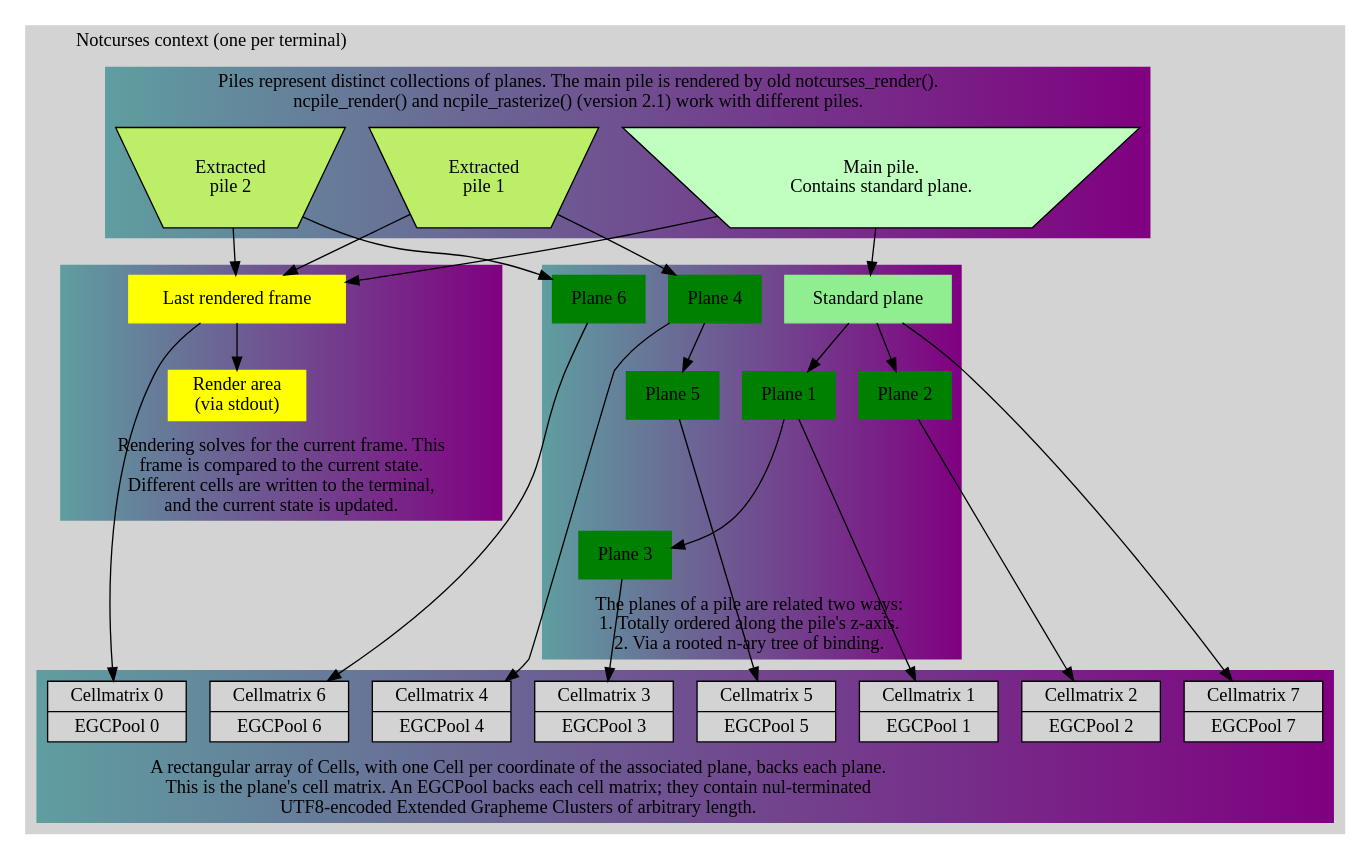
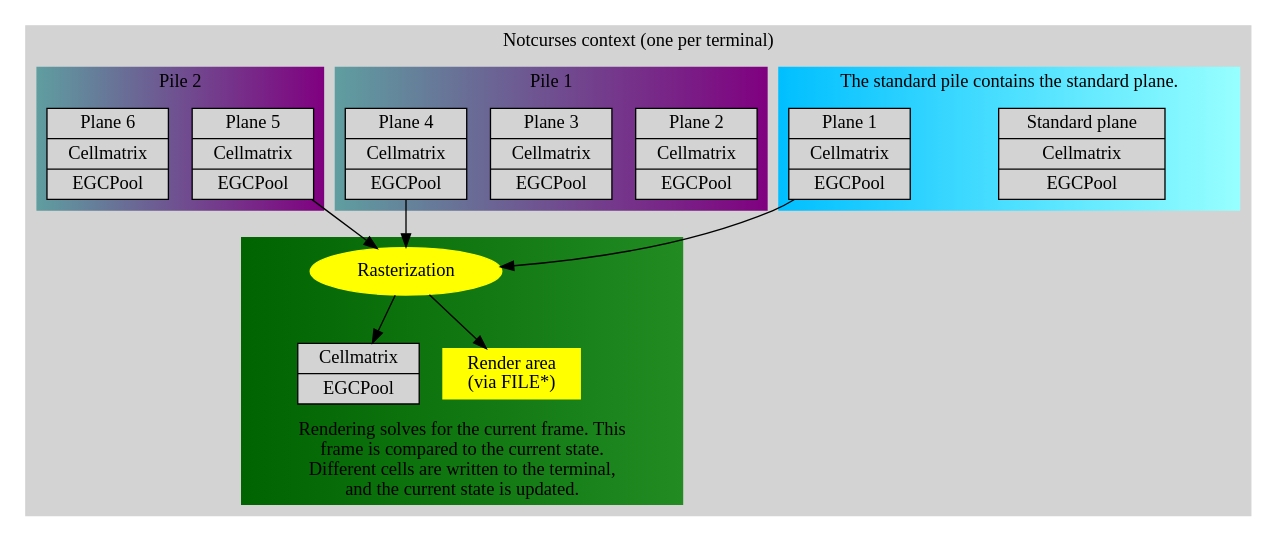
Before and after one commit to dankamongmen/notcurses: the diagram in doc/model.dot, drawn with Graphviz. The commit also changed 1 other file, not shown here.

```diff
--- a/doc/model.dot
+++ b/doc/model.dot
@@ -1,72 +1,46 @@
 digraph G {
   subgraph clusterNotcurses {
-    labeljust="l";
     label = "Notcurses context (one per terminal)"
     style = filled;
     color = lightgrey;
-    compound = "true"
-    subgraph clusterRedner {
+    subgraph clusterPile0 {
+      //label="Piles represent distinct collections of planes. The main pile is rendered by old notcurses_render().\nncpile_render() and ncpile_rasterize() (version 2.1) work with different piles."
+      label="The standard pile contains the standard plane."
+      style=filled;
+      color="deepskyblue:darkslategray1";
+      planeS [ label="{{Standard plane}|{Cellmatrix}|{EGCPool}}" shape=record style=filled ]
+      plane1 [ label="{{Plane 1}|{Cellmatrix}|{EGCPool}}" shape=record style=filled ]
+    }
+    subgraph clusterPile1 {
+      label="Pile 1"
+      style=filled;
+      color="cadetblue:purple";
+      plane2 [ label="{{Plane 2}|{Cellmatrix}|{EGCPool}}" shape=record style=filled ]
+      plane3 [ label="{{Plane 3}|{Cellmatrix}|{EGCPool}}" shape=record style=filled ]
+      plane4 [ label="{{Plane 4}|{Cellmatrix}|{EGCPool}}" shape=record style=filled ]
+    }
+    subgraph clusterPile2 {
+      label="Pile 2"
+      style=filled;
+      color="cadetblue:purple";
+      plane5 [ label="{{Plane 5}|{Cellmatrix}|{EGCPool}}" shape=record style=filled ]
+      plane6 [ label="{{Plane 6}|{Cellmatrix}|{EGCPool}}" shape=record style=filled ]
+    }
+    subgraph clusterRaster {
       label="Rendering solves for the current frame. This\nframe is compared to the current state.\nDifferent cells are written to the terminal,\nand the current state is updated."
       style="filled"
-      color="cadetblue:purple"
-      LastFrame [ shape=rectangle label="Last rendered frame" style=filled color=yellow ]
-      RenderArea [ shape=rectangle label="Render area\n(via stdout)" style=filled color=yellow ]
-      labelloc="b"
+      color="darkgreen:forestgreen"
+      cMatrix0 [ label="{{Cellmatrix}|{EGCPool}}" shape=record style=filled ]
+      Rasterization [ shape=oval label="Rasterization" style=filled color=yellow ]
+      RenderArea [ shape=rectangle label="Render area\n(via FILE*)" style=filled color=yellow ]
+      Rasterization -> cMatrix0
+      Rasterization -> RenderArea
+      labelloc="b";
     }
-    subgraph clusterZaxis {
-      label="Piles represent distinct collections of planes. The main pile is rendered by old notcurses_render().\nncpile_render() and ncpile_rasterize() (version 2.1) work with different piles."
-      style=filled;
-      color="cadetblue:purple";
-      pileMain [ label="Main pile.\nContains standard plane." style="filled" fillcolor=darkseagreen1 shape=invtrapezium ]
-      pile1 [ label="Extracted\npile 1" style="filled" fillcolor=darkolivegreen2 shape=invtrapezium ]
-      pile2 [ label="Extracted\npile 2" style="filled" fillcolor=darkolivegreen2 shape=invtrapezium ]
-      { rank=same; pileMain pile1 pile2 }
-    }
-    pileMain -> LastFrame
-    pile1 -> LastFrame
-    pile2 -> LastFrame
-    LastFrame -> RenderArea
-    subgraph clusterPlanes {
-      labelloc="b"
-      label="The planes of a pile are related two ways:\n1. Totally ordered along the pile's z-axis.\n2. Via a rooted n-ary tree of binding."
-      style=filled;
-      color="cadetblue:purple";
-      planeStd [ label="Standard plane" shape=rectangle color="lightgreen" style=filled ]
-      plane1 [ label="Plane 1" shape=rectangle color="green" style=filled ]
-      plane2 [ label="Plane 2" shape=rectangle color="green" style=filled ]
-      plane3 [ label="Plane 3" shape=rectangle color="green" style=filled ]
-      plane4 [ label="Plane 4" shape=rectangle color="green" style=filled ]
-      plane5 [ label="Plane 5" shape=rectangle color="green" style=filled ]
-      plane6 [ label="Plane 6" shape=rectangle color="green" style=filled ]
-      pileMain -> planeStd
-      planeStd -> plane1
-      planeStd -> plane2
-      plane1 -> plane3
-      pile1 -> plane4
-      plane4 -> plane5
-      pile2 -> plane6
-    }
-    subgraph clusterMatrices {
-      labelloc="b"
-      label="A rectangular array of Cells, with one Cell per coordinate of the associated plane, backs each plane.\nThis is the plane's cell matrix. An EGCPool backs each cell matrix; they contain nul-terminated\nUTF8-encoded Extended Grapheme Clusters of arbitrary length."
-      style=filled;
-      color="cadetblue:purple";
-      cMatrix0 [ label="{{Cellmatrix 0}|{EGCPool 0}}" shape=record style=filled ]
-      cMatrix1 [ label="{{Cellmatrix 1}|{EGCPool 1}}" shape=record style=filled ]
-      cMatrix2 [ label="{{Cellmatrix 2}|{EGCPool 2}}" shape=record style=filled ]
-      cMatrix3 [ label="{{Cellmatrix 3}|{EGCPool 3}}" shape=record style=filled ]
-      cMatrix4 [ label="{{Cellmatrix 4}|{EGCPool 4}}" shape=record style=filled ]
-      cMatrix5 [ label="{{Cellmatrix 5}|{EGCPool 5}}" shape=record style=filled ]
-      cMatrix6 [ label="{{Cellmatrix 6}|{EGCPool 6}}" shape=record style=filled ]
-      cMatrix7 [ label="{{Cellmatrix 7}|{EGCPool 7}}" shape=record style=filled ]
-      plane1 -> cMatrix1
-      plane2 -> cMatrix2
-      plane3 -> cMatrix3
-      plane4 -> cMatrix4
-      plane5 -> cMatrix5
-      plane6 -> cMatrix6
-      LastFrame -> cMatrix0
-      planeStd -> cMatrix7
-    }
+    plane1 -> Rasterization [ltail=clusterPile0]
+    plane4 -> Rasterization [ltail=clusterPile1]
+    plane5 -> Rasterization [ltail=clusterPile2]
+      //label="The planes of a pile are related two ways:\n1. Totally ordered along the pile's z-axis.\n2. Via a rooted n-ary tree of binding."
+      //label="A rectangular array of Cells, with one Cell per coordinate of the associated plane, backs each plane.\nThis is the plane's cell matrix. An EGCPool backs each cell matrix; they contain nul-terminated\nUTF8-encoded Extended Grapheme Clusters of arbitrary length."
   }
 }
```
